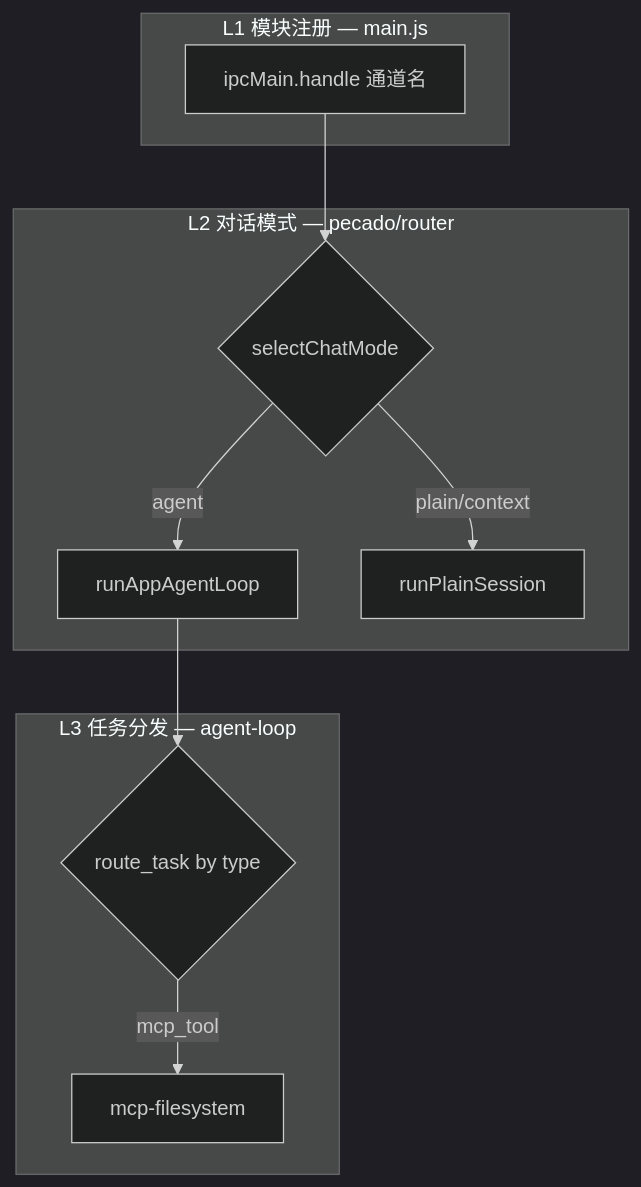
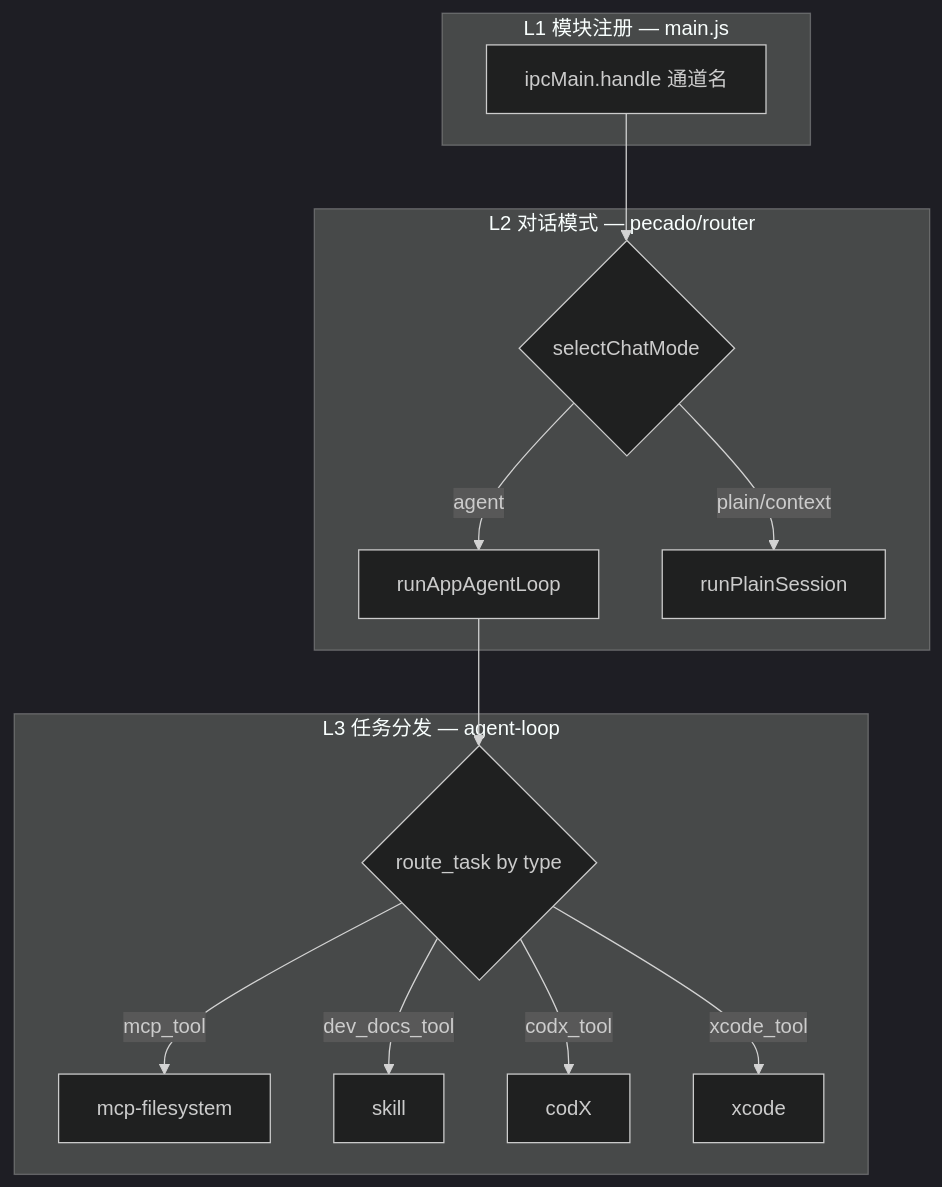
The fifth of 9 diagrams in README.md (SCSHICHUAN/Pecado), drawn with Mermaid (dark theme) before and after one commit. The commit also changed other lines of this file and 43 other files, not shown here.

````diff
--- a/README.md
+++ b/README.md
@@ -362,20 +470,23 @@
 ```mermaid
 flowchart TB
   subgraph L1 [L1 模块注册 — main.js]
     IPC[ipcMain.handle 通道名]
   end
 
   subgraph L2 [L2 对话模式 — pecado/router]
     MODE{selectChatMode}
     MODE -->|agent| LOOP[runAppAgentLoop]
     MODE -->|plain/context| PLAIN[runPlainSession]
   end
 
   subgraph L3 [L3 任务分发 — agent-loop]
     TYPE{route_task by type}
     TYPE -->|mcp_tool| MCP[mcp-filesystem]
+    TYPE -->|dev_docs_tool| SK[skill]
+    TYPE -->|codx_tool| CX[codX]
+    TYPE -->|xcode_tool| XC[xcode]
   end
 
   IPC --> MODE
   LOOP --> TYPE
 ```
````
